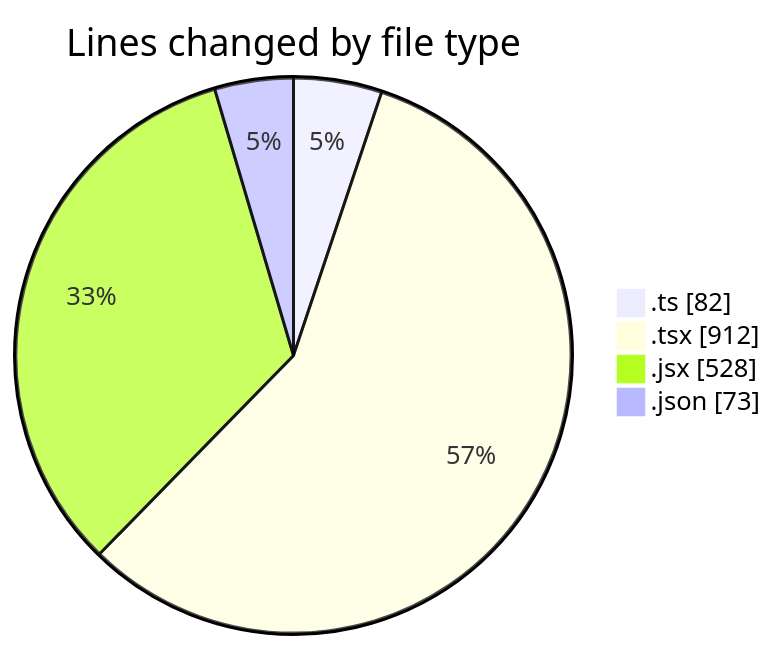
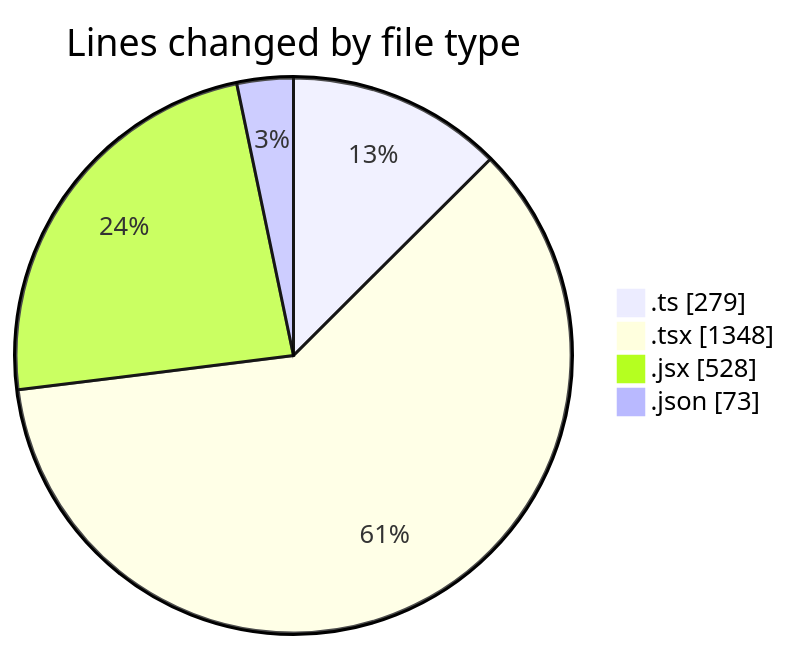
The first of 2 diagrams in 2025-01-25/termonied-web/README.md (robertbonfada/code-tracking), drawn with Mermaid before and after one commit. The commit also changed other lines of this file and 1 other file, not shown here.

````diff
--- a/2025-01-25/termonied-web/README.md
+++ b/2025-01-25/termonied-web/README.md
@@ -30,8 +32,8 @@
 ```mermaid
 pie showData
 title Lines changed by file type
-".ts" : 82
-".tsx" : 912
+".ts" : 279
+".tsx" : 1348
 ".jsx" : 528
 ".json" : 73
 ```
````
